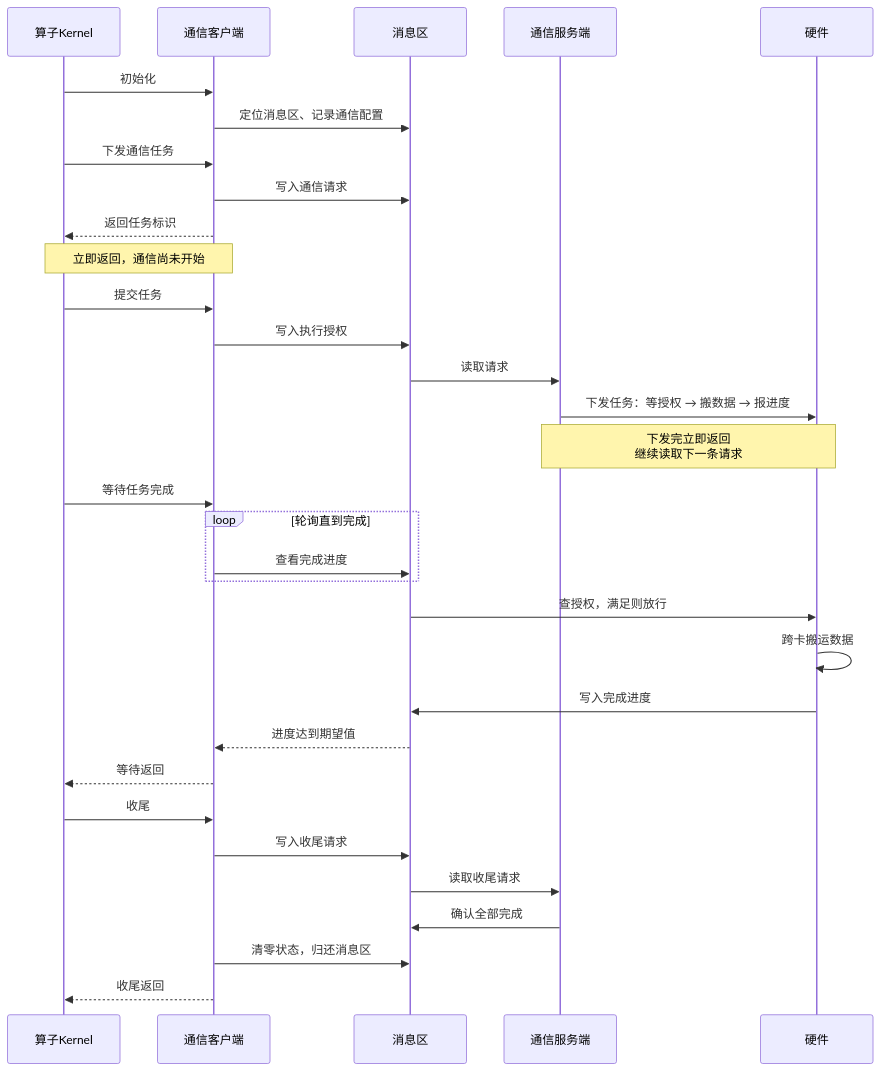
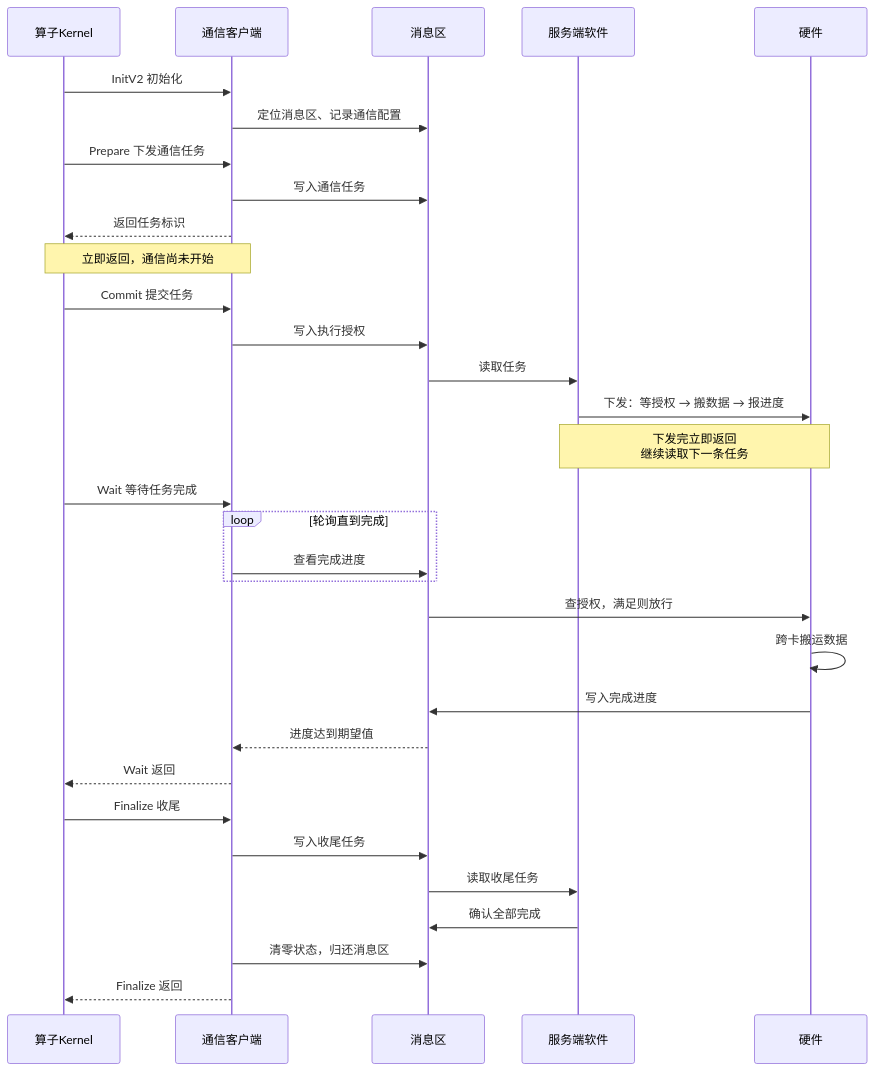
The fourth of 7 diagrams in docs/zh/编程模型/MC2编程模型/通信模型planB.md (Atlas-Ascend-Fork/asc-comm), drawn with Mermaid before and after one commit. The commit also changed other lines of this file, not shown here.

````diff
--- a/docs/zh/编程模型/MC2编程模型/通信模型planB.md
+++ b/docs/zh/编程模型/MC2编程模型/通信模型planB.md
@@ -238,41 +257,41 @@
 ```mermaid
 sequenceDiagram
     participant K as 算子Kernel
     participant C as 通信客户端
     participant M as 消息区
-    participant S as 通信服务端
+    participant S as 服务端软件
     participant H as 硬件
 
-    K->>C: 初始化
+    K->>C: InitV2 初始化
     C->>M: 定位消息区、记录通信配置
 
-    K->>C: 下发通信任务
-    C->>M: 写入通信请求
+    K->>C: Prepare 下发通信任务
+    C->>M: 写入通信任务
     C-->>K: 返回任务标识
     Note over C,K: 立即返回，通信尚未开始
 
-    K->>C: 提交任务
+    K->>C: Commit 提交任务
     C->>M: 写入执行授权
 
-    M->>S: 读取请求
-    S->>H: 下发任务：等授权 → 搬数据 → 报进度
-    Note over S,H: 下发完立即返回<br/>继续读取下一条请求
+    M->>S: 读取任务
+    S->>H: 下发：等授权 → 搬数据 → 报进度
+    Note over S,H: 下发完立即返回<br/>继续读取下一条任务
 
-    K->>C: 等待任务完成
+    K->>C: Wait 等待任务完成
     loop 轮询直到完成
         C->>M: 查看完成进度
     end
 
     M->>H: 查授权，满足则放行
     H->>H: 跨卡搬运数据
     H->>M: 写入完成进度
     M-->>C: 进度达到期望值
-    C-->>K: 等待返回
+    C-->>K: Wait 返回
 
-    K->>C: 收尾
-    C->>M: 写入收尾请求
-    M->>S: 读取收尾请求
+    K->>C: Finalize 收尾
+    C->>M: 写入收尾任务
+    M->>S: 读取收尾任务
     S->>M: 确认全部完成
     C->>M: 清零状态，归还消息区
-    C-->>K: 收尾返回
+    C-->>K: Finalize 返回
 ```
````
